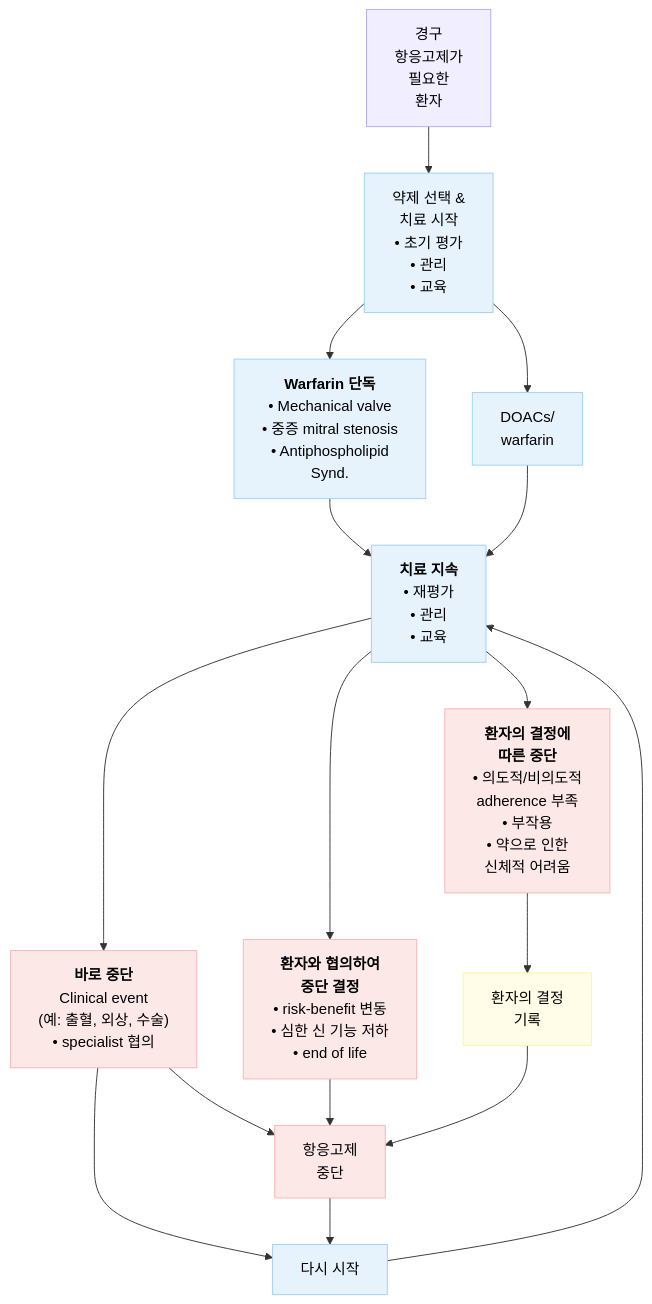
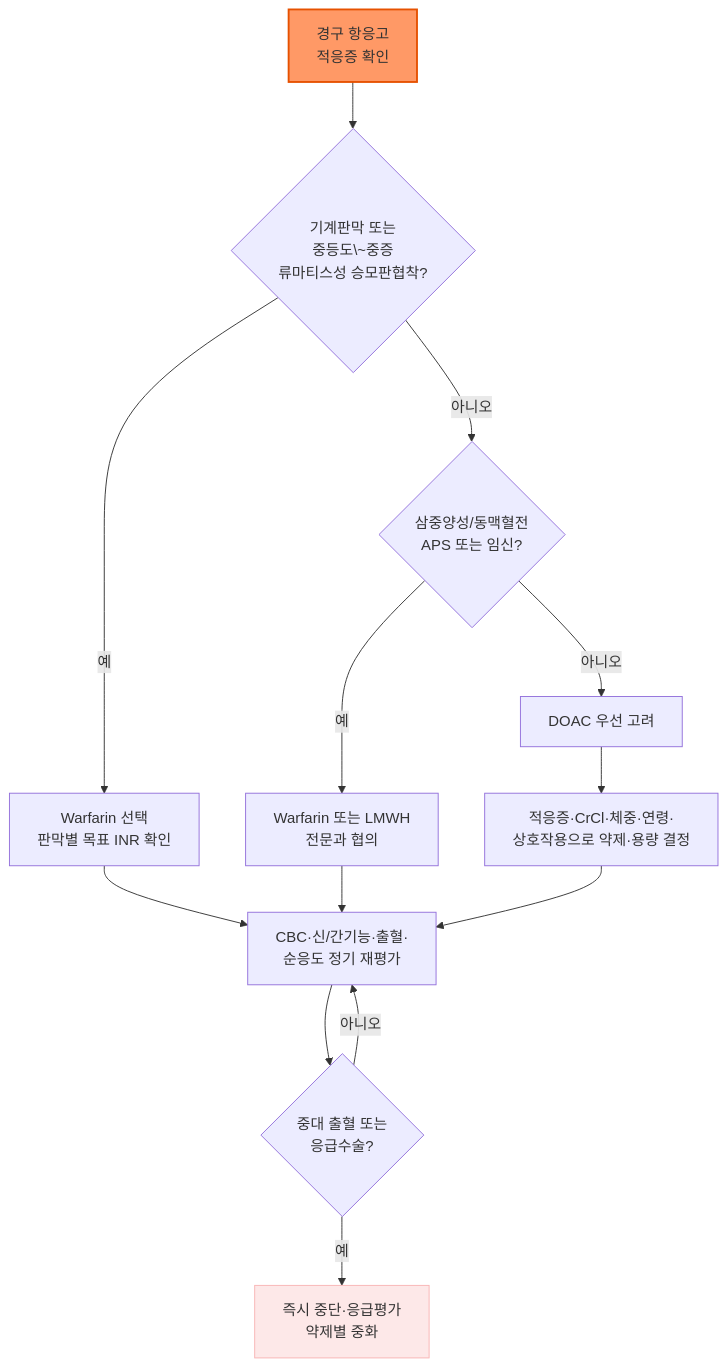
Before and after one commit to familyoh77/familyoh77: the diagram in 231_/214_-anti-thrombotics-anti-coagulants.md, drawn with Mermaid. The commit also changed other lines of this file, not shown here.

````diff
--- a/231_/214_-anti-thrombotics-anti-coagulants.md
+++ b/231_/214_-anti-thrombotics-anti-coagulants.md
@@ -174,33 +76,18 @@
 ```mermaid
-graph TD
-    A["경구<br>항응고제가<br>필요한<br>환자"] --> B["약제 선택 &<br>치료 시작<br>• 초기 평가<br>• 관리<br>• 교육"]
+flowchart TD
+    A["경구 항응고<br>적응증 확인"] --> B{"기계판막 또는<br>중등도\~중증<br>류마티스성 승모판협착?"}
+    B -->|예| C["Warfarin 선택<br>판막별 목표 INR 확인"]
+    B -->|아니오| D{"삼중양성/동맥혈전<br>APS 또는 임신?"}
+    D -->|예| E["Warfarin 또는 LMWH<br>전문과 협의"]
+    D -->|아니오| F["DOAC 우선 고려"]
+    F --> G["적응증·CrCl·체중·연령·<br>상호작용으로 약제·용량 결정"]
+    C --> H["CBC·신/간기능·출혈·<br>순응도 정기 재평가"]
+    E --> H
+    G --> H
+    H --> I{"중대 출혈 또는<br>응급수술?"}
+    I -->|예| J["즉시 중단·응급평가<br>약제별 중화"]
+    I -->|아니오| H
 
-    B --> C1["<b>Warfarin 단독</b><br>• Mechanical valve<br>• 중증 mitral stenosis<br>• Antiphospholipid<br>Synd."]
-    B --> C2["DOACs/<br>warfarin"]
-
-    C1 --> D["<b>치료 지속</b><br>• 재평가<br>• 관리<br>• 교육"]
-    C2 --> D
-
-    D --> Stop1["<b>바로 중단</b><br>Clinical event<br>(예: 출혈, 외상, 수술)<br>• specialist 협의"]
-    D --> Stop2["<b>환자와 협의하여<br>중단 결정</b><br>• risk-benefit 변동<br>• 심한 신 기능 저하<br>• end of life"]
-    D --> Stop3["<b>환자의 결정에<br>따른 중단</b><br>• 의도적/비의도적<br>adherence 부족<br>• 부작용<br>• 약으로 인한<br>신체적 어려움"]
-
-    Stop1 --> Restart["다시 시작"]
-    Stop1 --> StopAll["항응고제<br>중단"]
-    Stop2 --> StopAll
-    Stop3 --> Record["환자의 결정<br>기록"]
-
-    Record --> StopAll
-    StopAll --> Restart
-    Restart --> D
-
-    classDef purple fill:#f0eeff,stroke:#b8a9f7,color:#000
-    classDef blue fill:#e7f3fc,stroke:#9bd0f5,color:#000
-    classDef red fill:#fde8e8,stroke:#f8b4b4,color:#000
-    classDef yellow fill:#fffde7,stroke:#fff59d,color:#000
-
-    class A purple
-    class B,C1,C2,D,Restart blue
-    class Stop1,Stop2,Stop3,StopAll red
-    class Record yellow
+    style A fill:#f96,stroke:#e65100,stroke-width:2px
+    style J fill:#fde8e8,stroke:#f8b4b4
 ```
````
